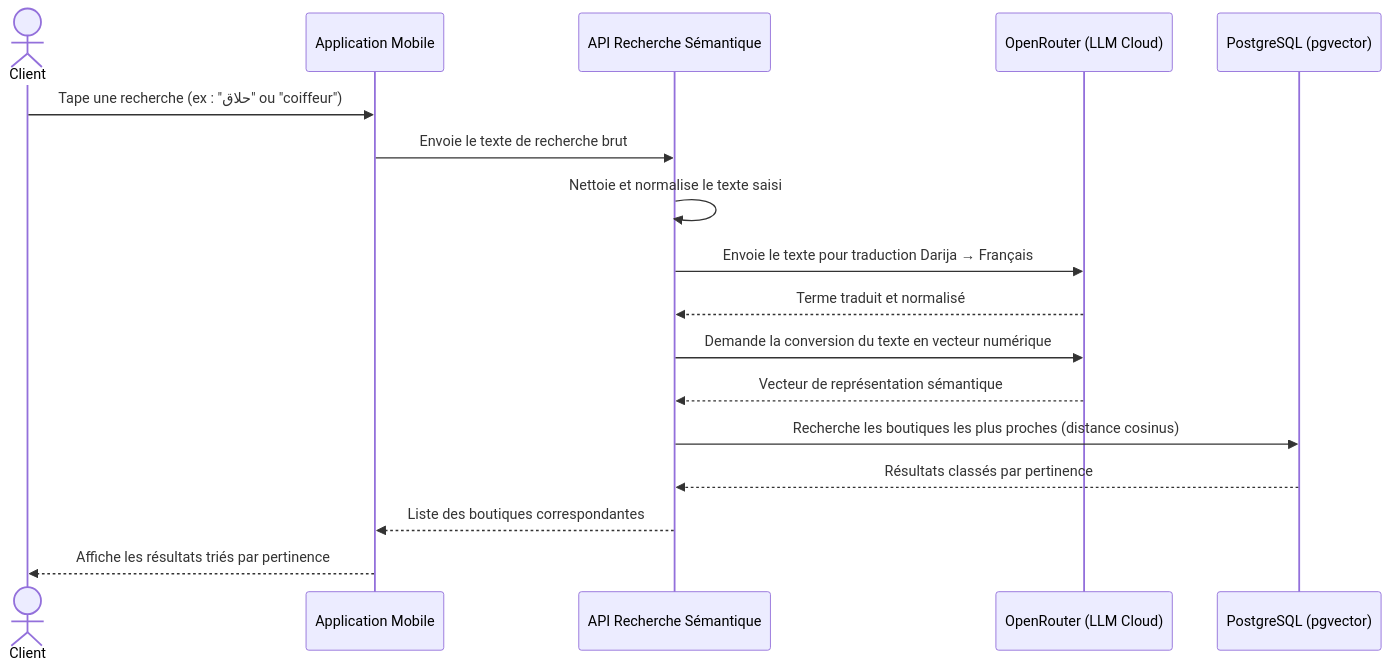
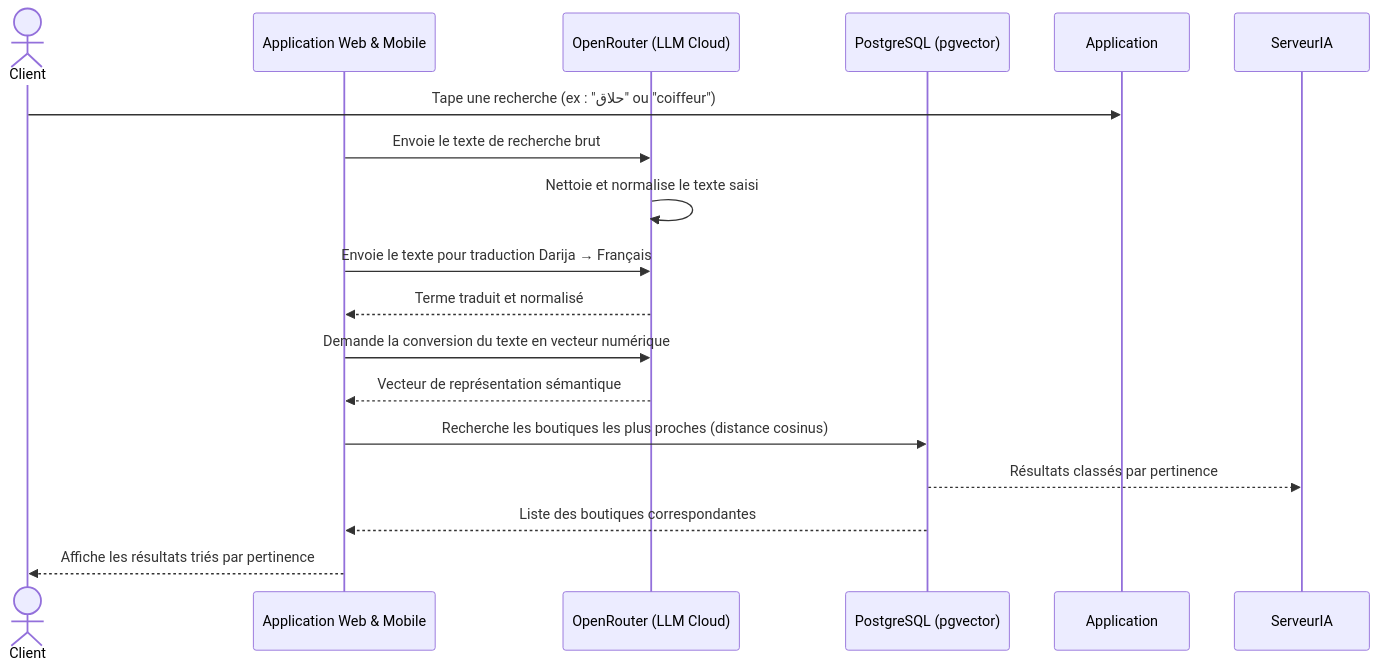
Before and after one commit to Abderrahmen1111/private-PFE-repos: diagram 12 of 22 in CHAPITRE3_CONCEPTION.md, drawn with Mermaid. The commit also changed other lines of this file and 2 other files, not shown here.

Commit message:
docs: adapt sequence diagrams to Web/Mobile apps and Django SaaS Admin

````diff
--- a/CHAPITRE3_CONCEPTION.md
+++ b/CHAPITRE3_CONCEPTION.md
@@ -714,20 +713,20 @@
 ```mermaid
 sequenceDiagram
     actor Client
-    participant Application as Application Mobile
-    participant ServeurIA as API Recherche Sémantique
+    participant App as Application Web & Mobile
+    participant LLM as OpenRouter (LLM Cloud)
     participant LLM as OpenRouter (LLM Cloud)
     participant BD as PostgreSQL (pgvector)
 
     Client->>Application: Tape une recherche (ex : "حلاق" ou "coiffeur")
-    Application->>ServeurIA: Envoie le texte de recherche brut
-    ServeurIA->>ServeurIA: Nettoie et normalise le texte saisi
-    ServeurIA->>LLM: Envoie le texte pour traduction Darija → Français
-    LLM-->>ServeurIA: Terme traduit et normalisé
-    ServeurIA->>LLM: Demande la conversion du texte en vecteur numérique
-    LLM-->>ServeurIA: Vecteur de représentation sémantique
-    ServeurIA->>BD: Recherche les boutiques les plus proches (distance cosinus)
+    App->>LLM: Envoie le texte de recherche brut
+    LLM->>LLM: Nettoie et normalise le texte saisi
+    App->>LLM: Envoie le texte pour traduction Darija → Français
+    LLM-->>App: Terme traduit et normalisé
+    App->>LLM: Demande la conversion du texte en vecteur numérique
+    LLM-->>App: Vecteur de représentation sémantique
+    App->>BD: Recherche les boutiques les plus proches (distance cosinus)
     BD-->>ServeurIA: Résultats classés par pertinence
-    ServeurIA-->>Application: Liste des boutiques correspondantes
-    Application-->>Client: Affiche les résultats triés par pertinence
+    BD-->>App: Liste des boutiques correspondantes
+    App-->>Client: Affiche les résultats triés par pertinence
 ```
````
